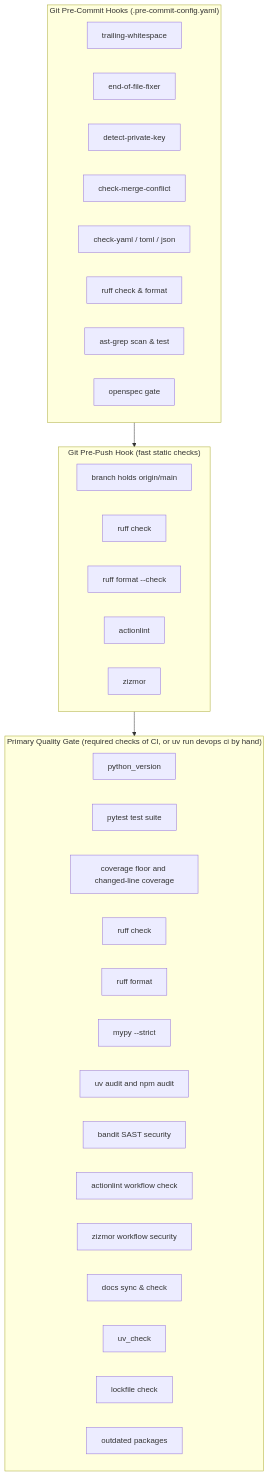
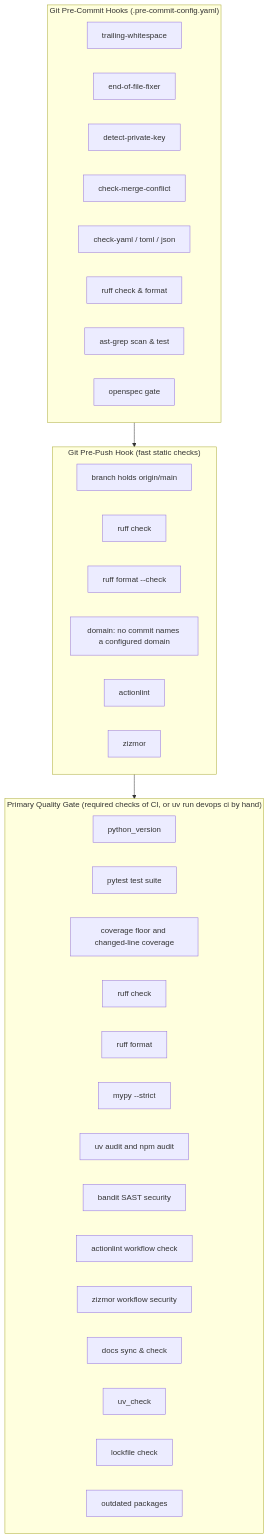
The fifth of 8 diagrams in docs/SDLC.md (dan-petty/devops-cli), drawn with Mermaid before and after one commit. The commit also changed 23 other files, not shown here.

First line of the commit message:
feat(security): refuse a commit that names the configured domain (#5347)

````diff
--- a/docs/SDLC.md
+++ b/docs/SDLC.md
@@ -150,41 +150,42 @@
 ```mermaid
 flowchart TD
     subgraph PreCommit["Git Pre-Commit Hooks (.pre-commit-config.yaml)"]
         H1[trailing-whitespace]
         H2[end-of-file-fixer]
         H3[detect-private-key]
         H4[check-merge-conflict]
         H5[check-yaml / toml / json]
         H6[ruff check & format]
         H7[ast-grep scan & test]
         H8[openspec gate]
     end
 
     subgraph PrePush["Git Pre-Push Hook (fast static checks)"]
         P0[branch holds origin/main]
         P1[ruff check]
         P2[ruff format --check]
+        P2b[domain: no commit names a configured domain]
         P3[actionlint]
         P4[zizmor]
     end
 
     subgraph CIQualityGate["Primary Quality Gate (required checks of CI, or uv run devops ci by hand)"]
         G1[python_version]
         G2[pytest test suite]
         G3[coverage floor and changed-line coverage]
         G4[ruff check]
         G5[ruff format]
         G6[mypy --strict]
         G7[uv audit and npm audit]
         G8[bandit SAST security]
         G9[actionlint workflow check]
         G9b[zizmor workflow security]
         G10[docs sync & check]
         G11[uv_check]
         G12[lockfile check]
         G13[outdated packages]
     end
 
     PreCommit --> PrePush
     PrePush --> CIQualityGate
 ```
````
